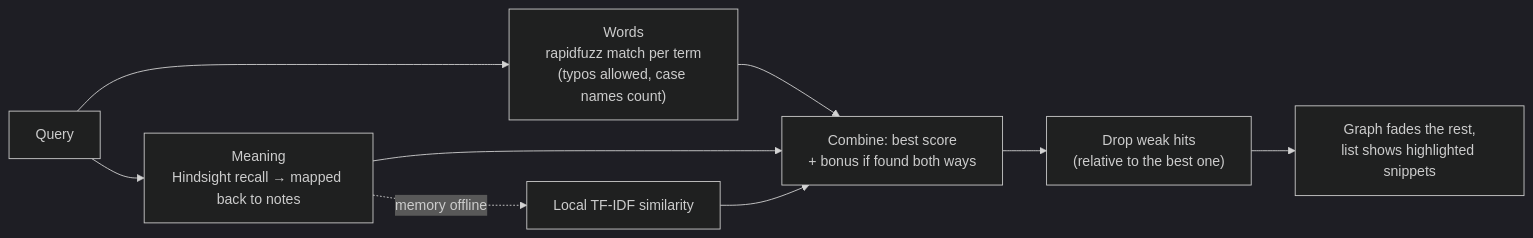
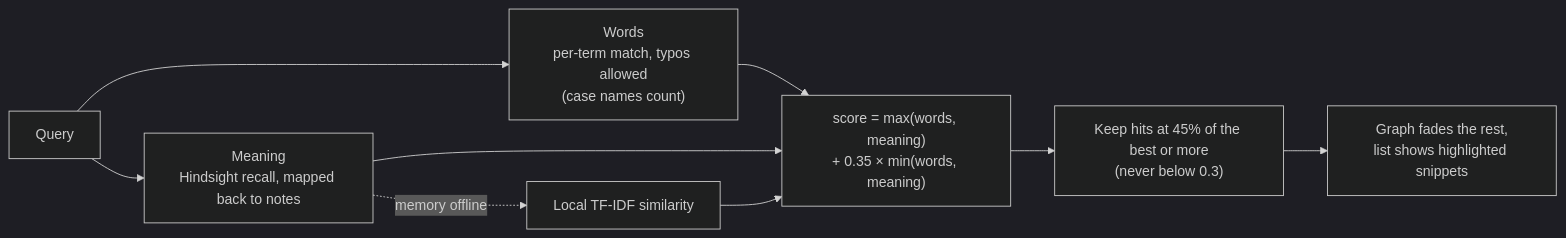
One commit to Karunya-Muddana/tareekh changed the fourth of 4 diagrams in README.md. Above: the diagram before and after it, drawn with Mermaid (dark theme). The commit also changed other lines of this file and 2 other files, not shown here.

````diff
--- a/README.md
+++ b/README.md
@@ -205,11 +409,11 @@
 ```mermaid
 flowchart LR
-    Q["Query"] --> K["Words<br/>rapidfuzz match per term<br/>(typos allowed, case names count)"]
-    Q --> S["Meaning<br/>Hindsight recall → mapped back to notes"]
+    Q["Query"] --> K["Words<br/>per-term match, typos allowed<br/>(case names count)"]
+    Q --> S["Meaning<br/>Hindsight recall, mapped back to notes"]
     S -.->|memory offline| T["Local TF-IDF similarity"]
-    K --> M["Combine: best score<br/>+ bonus if found both ways"]
+    K --> M["score = max(words, meaning)<br/>+ 0.35 × min(words, meaning)"]
     S --> M
     T --> M
-    M --> R["Drop weak hits<br/>(relative to the best one)"]
+    M --> R["Keep hits at 45% of the best or more<br/>(never below 0.3)"]
     R --> UI["Graph fades the rest,<br/>list shows highlighted snippets"]
 ```
````
